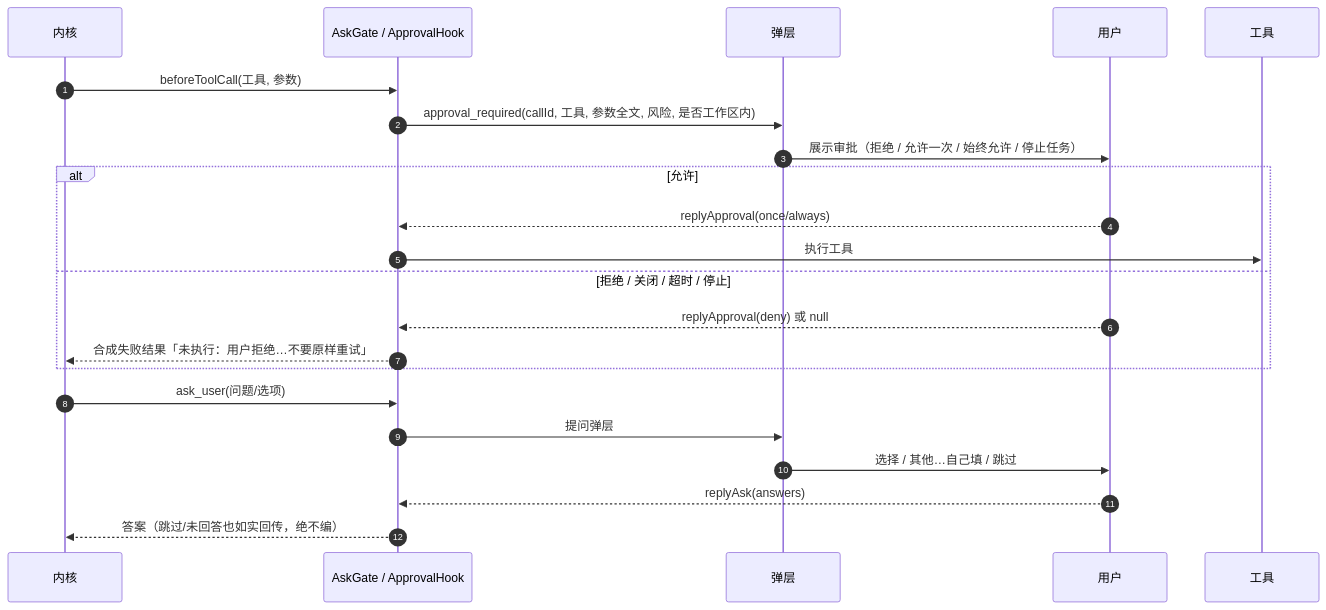
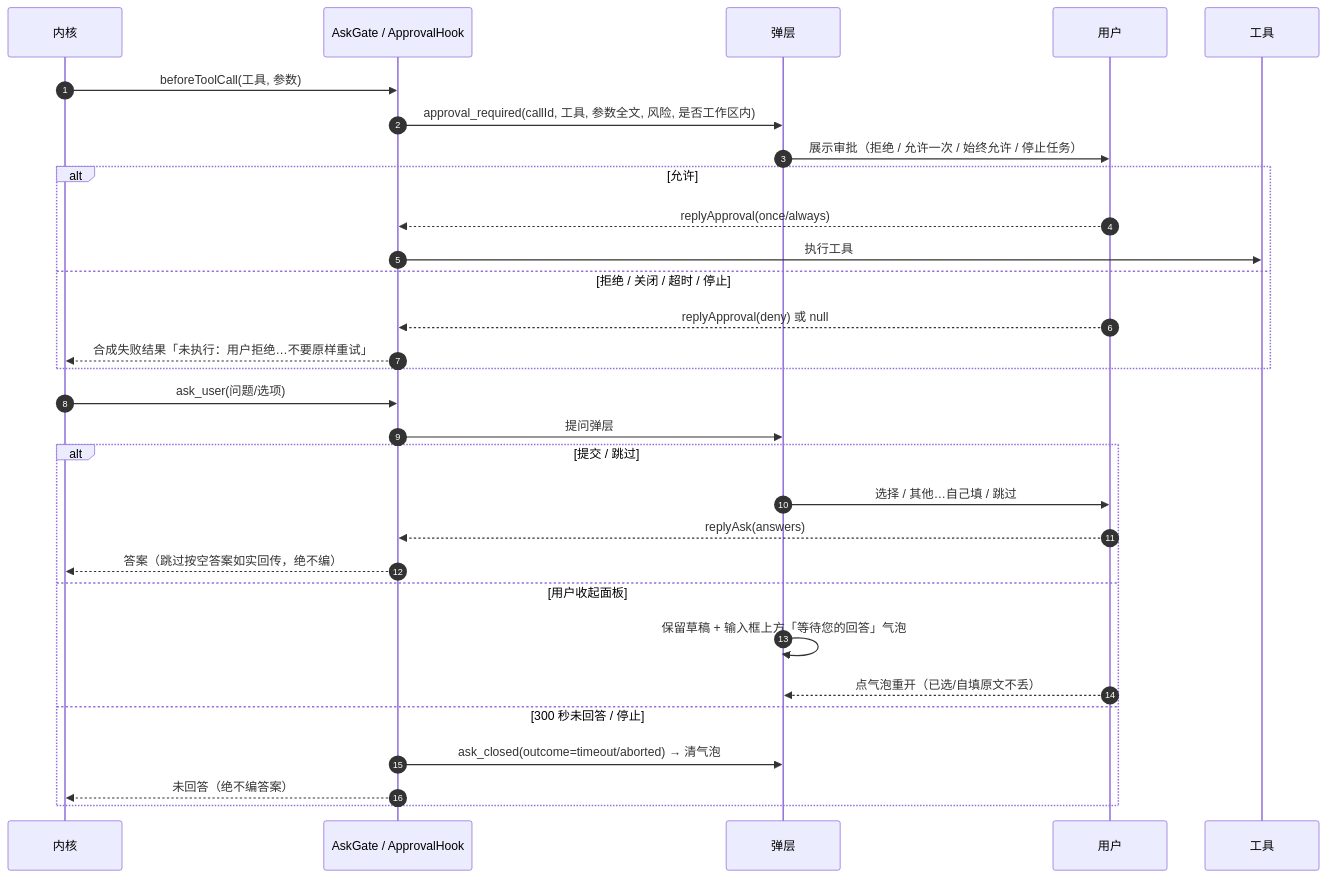
Before and after one commit to theohowie/Heracles: the fifth of 9 diagrams in README.md, drawn with Mermaid. The commit also changed other lines of this file, not shown here.

Commit message:
docs(readme): 同步轮间插话 + ask 300s/收起气泡可重开 + 测试数 417

````diff
--- a/README.md
+++ b/README.md
@@ -318,26 +319,34 @@
 ```mermaid
 sequenceDiagram
   autonumber
   participant K as 内核
   participant G as AskGate / ApprovalHook
   participant UI as 弹层
   participant U as 用户
   participant T as 工具
 
   K->>G: beforeToolCall(工具, 参数)
   G->>UI: approval_required(callId, 工具, 参数全文, 风险, 是否工作区内)
   UI->>U: 展示审批（拒绝 / 允许一次 / 始终允许 / 停止任务）
   alt 允许
     U-->>G: replyApproval(once/always)
     G->>T: 执行工具
   else 拒绝 / 关闭 / 超时 / 停止
     U-->>G: replyApproval(deny) 或 null
     G-->>K: 合成失败结果「未执行：用户拒绝…不要原样重试」
   end
 
   K->>G: ask_user(问题/选项)
   G->>UI: 提问弹层
-  UI->>U: 选择 / 其他…自己填 / 跳过
-  U-->>G: replyAsk(answers)
-  G-->>K: 答案（跳过/未回答也如实回传，绝不编）
+  alt 提交 / 跳过
+    UI->>U: 选择 / 其他…自己填 / 跳过
+    U-->>G: replyAsk(answers)
+    G-->>K: 答案（跳过按空答案如实回传，绝不编）
+  else 用户收起面板
+    UI->>UI: 保留草稿 + 输入框上方「等待您的回答」气泡
+    U-->>UI: 点气泡重开（已选/自填原文不丢）
+  else 300 秒未回答 / 停止
+    G->>UI: ask_closed(outcome=timeout/aborted) → 清气泡
+    G-->>K: 未回答（绝不编答案）
+  end
 ```
````
